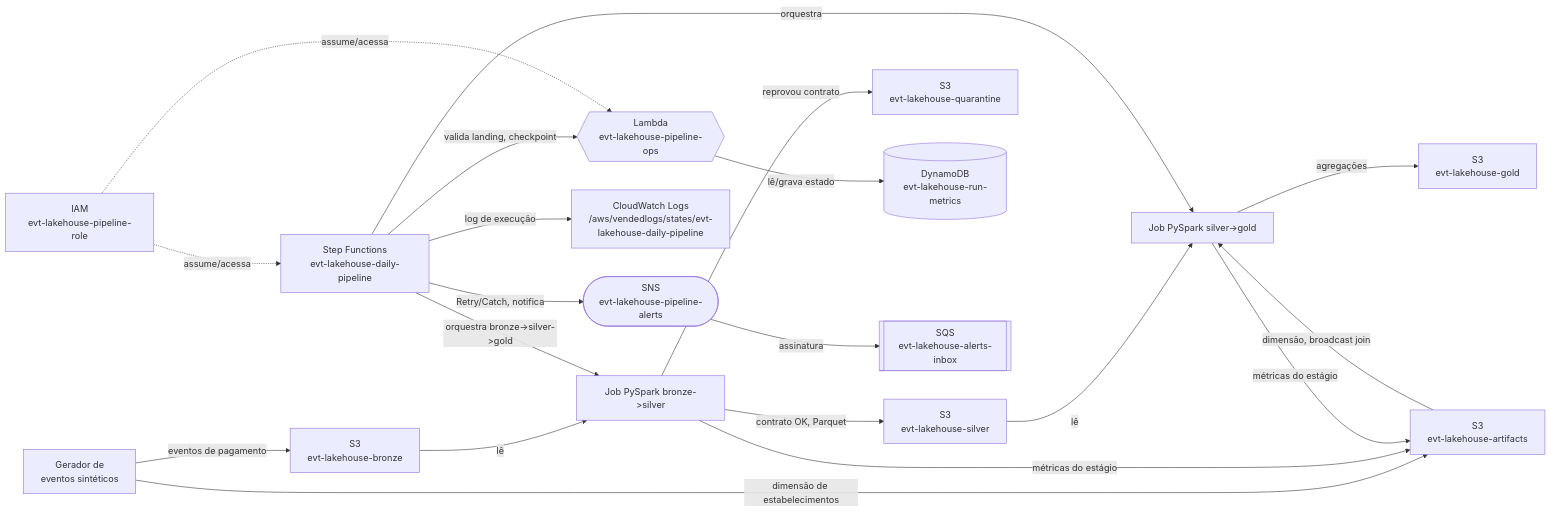
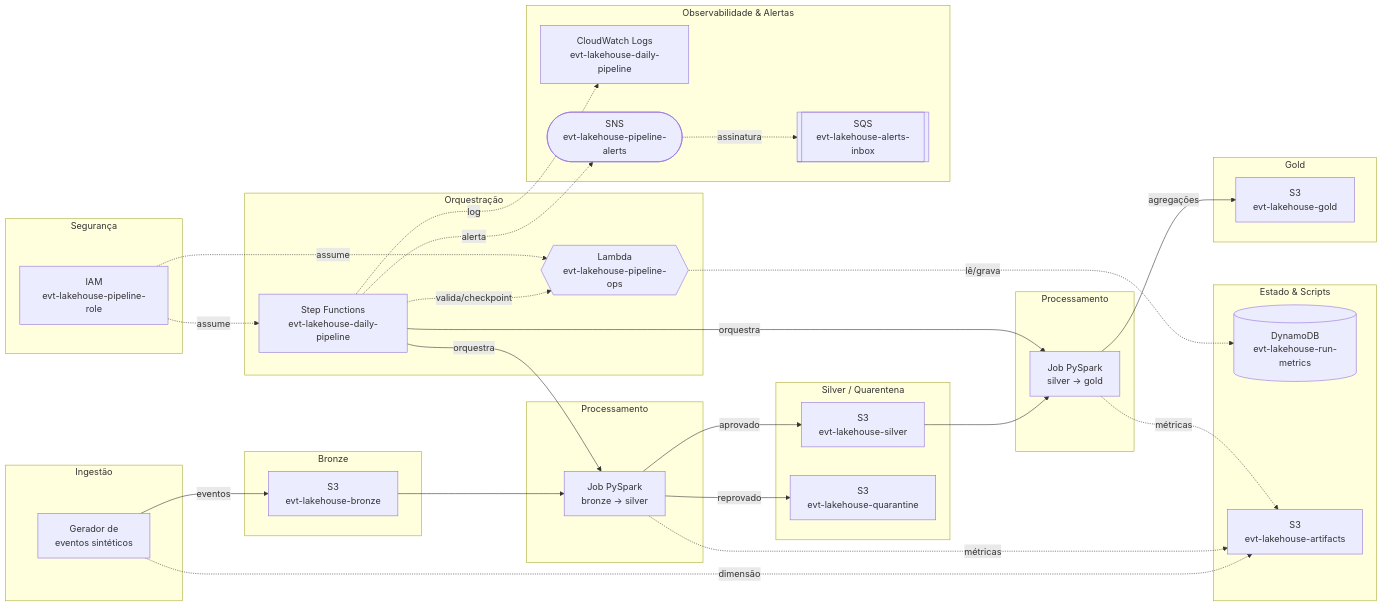
One commit to carlosr-data2/lakehouse-de-eventos-de-pagamento-com-contrato-de-dados changed the first of 8 diagrams in README.md. Above: the diagram before and after it, drawn with Mermaid.

Commit message:
Atualiza roteiro

````diff
--- a/README.md
+++ b/README.md
@@ -35,39 +35,68 @@
 ```mermaid
 flowchart LR
-    fonte["Gerador de<br/>eventos sintéticos"]
-    bronze["S3<br/>evt-lakehouse-bronze"]
-    job1["Job PySpark bronze->silver"]
-    silver["S3<br/>evt-lakehouse-silver"]
-    quarantine["S3<br/>evt-lakehouse-quarantine"]
-    artifacts["S3<br/>evt-lakehouse-artifacts"]
-    job2["Job PySpark silver->gold"]
-    gold["S3<br/>evt-lakehouse-gold"]
-    ops{{"Lambda<br/>evt-lakehouse-pipeline-ops"}}
-    metrics[("DynamoDB<br/>evt-lakehouse-run-metrics")]
-    sfn["Step Functions<br/>evt-lakehouse-daily-pipeline"]
-    logs["CloudWatch Logs<br/>/aws/vendedlogs/states/evt-lakehouse-daily-pipeline"]
-    sns(["SNS<br/>evt-lakehouse-pipeline-alerts"])
-    sqs[["SQS<br/>evt-lakehouse-alerts-inbox"]]
-    role["IAM<br/>evt-lakehouse-pipeline-role"]
+    subgraph ingestao["Ingestão"]
+        fonte["Gerador de<br/>eventos sintéticos"]
+    end
 
-    fonte -->|eventos de pagamento| bronze
-    fonte -->|dimensão de estabelecimentos| artifacts
-    bronze -->|lê| job1
-    job1 -->|contrato OK, Parquet| silver
-    job1 -->|reprovou contrato| quarantine
-    job1 -->|métricas do estágio| artifacts
-    silver -->|lê| job2
-    artifacts -->|dimensão, broadcast join| job2
+    subgraph bronze_col["Bronze"]
+        bronze["S3<br/>evt-lakehouse-bronze"]
+    end
+
+    subgraph proc1["Processamento"]
+        job1["Job PySpark<br/>bronze -> silver"]
+    end
+
+    subgraph silver_col["Silver / Quarentena"]
+        silver["S3<br/>evt-lakehouse-silver"]
+        quarantine["S3<br/>evt-lakehouse-quarantine"]
+    end
+
+    subgraph proc2["Processamento"]
+        job2["Job PySpark<br/>silver -> gold"]
+    end
+
+    subgraph gold_col["Gold"]
+        gold["S3<br/>evt-lakehouse-gold"]
+    end
+
+    subgraph orquestracao["Orquestração"]
+        sfn["Step Functions<br/>evt-lakehouse-daily-pipeline"]
+        ops{{"Lambda<br/>evt-lakehouse-pipeline-ops"}}
+    end
+
+    subgraph estado["Estado & Scripts"]
+        metrics[("DynamoDB<br/>evt-lakehouse-run-metrics")]
+        artifacts["S3<br/>evt-lakehouse-artifacts"]
+    end
+
+    subgraph alertas["Observabilidade & Alertas"]
+        logs["CloudWatch Logs<br/>evt-lakehouse-daily-pipeline"]
+        sns(["SNS<br/>evt-lakehouse-pipeline-alerts"])
+        sqs[["SQS<br/>evt-lakehouse-alerts-inbox"]]
+    end
+
+    subgraph seguranca["Segurança"]
+        role["IAM<br/>evt-lakehouse-pipeline-role"]
+    end
+
+    fonte -->|eventos| bronze
+    fonte -.->|dimensão| artifacts
+    bronze --> job1
+    job1 -->|aprovado| silver
+    job1 -->|reprovado| quarantine
+    job1 -.->|métricas| artifacts
+    silver --> job2
     job2 -->|agregações| gold
-    job2 -->|métricas do estágio| artifacts
+    job2 -.->|métricas| artifacts
 
-    sfn -->|orquestra bronze->silver->gold| job1
+    sfn -->|orquestra| job1
     sfn -->|orquestra| job2
-    sfn -->|valida landing, checkpoint| ops
-    ops -->|lê/grava estado| metrics
-    sfn -->|log de execução| logs
-    sfn -->|Retry/Catch, notifica| sns
-    sns -->|assinatura| sqs
-    role -.->|assume/acessa| sfn
-    role -.->|assume/acessa| ops
+    sfn -.->|valida/checkpoint| ops
+    ops -.->|lê/grava| metrics
+    sfn -.->|log| logs
+    sfn -.->|alerta| sns
+    sns -.->|assinatura| sqs
+
+    role -.->|assume| sfn
+    role -.->|assume| ops
 ```
````
